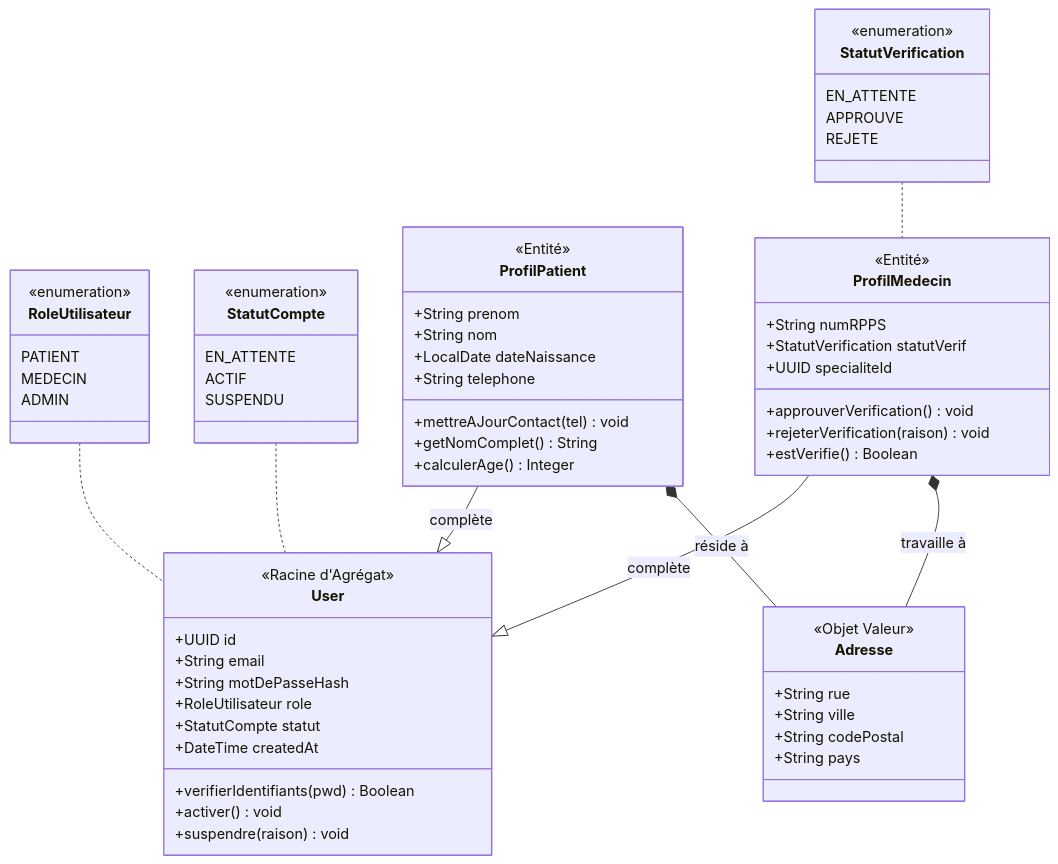
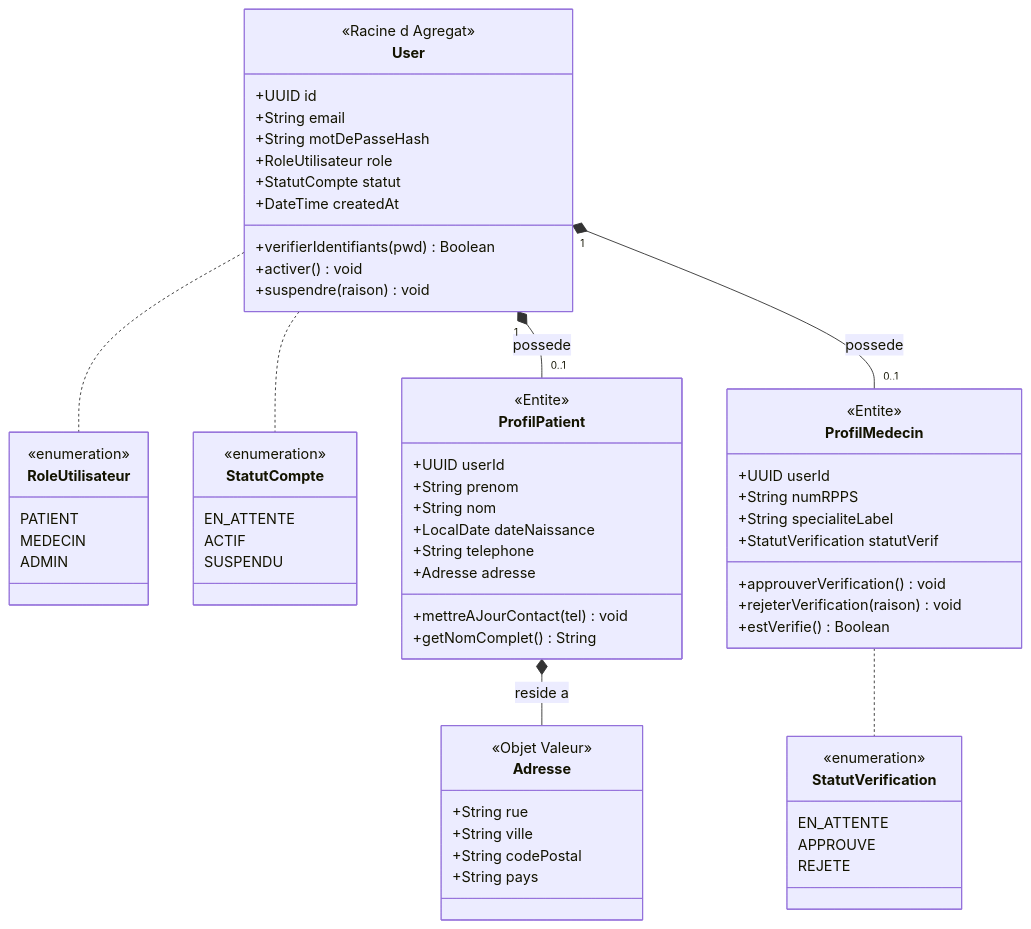
Before and after one commit to bassimtbb/MediLink: the first of 4 diagrams in README.md, drawn with Mermaid. The commit also changed other lines of this file, not shown here.

````diff
--- a/README.md
+++ b/README.md
@@ -161,75 +175,74 @@
 ```mermaid
 classDiagram
     class RoleUtilisateur {
         <<enumeration>>
         PATIENT
         MEDECIN
         ADMIN
     }
 
     class StatutCompte {
         <<enumeration>>
         EN_ATTENTE
         ACTIF
         SUSPENDU
     }
 
     class StatutVerification {
         <<enumeration>>
         EN_ATTENTE
         APPROUVE
         REJETE
     }
-  
 
-    class ProfilPatient {
-        <<Entité>>
-        +String prenom
-        +String nom
-        +LocalDate dateNaissance
-        +String telephone
-        +mettreAJourContact(tel) void
-        +getNomComplet() String
-        +calculerAge() Integer
-    }
-
-    class ProfilMedecin {
-        <<Entité>>
-        +String numRPPS
-        +StatutVerification statutVerif
-        +UUID specialiteId
-        +approuverVerification() void
-        +rejeterVerification(raison) void
-        +estVerifie() Boolean
-    }
- class User {
-        <<Racine d'Agrégat>>
+    class User {
+        <<Racine d Agregat>>
         +UUID id
         +String email
         +String motDePasseHash
         +RoleUtilisateur role
         +StatutCompte statut
         +DateTime createdAt
         +verifierIdentifiants(pwd) Boolean
         +activer() void
         +suspendre(raison) void
     }
 
+    class ProfilPatient {
+        <<Entite>>
+        +UUID userId
+        +String prenom
+        +String nom
+        +LocalDate dateNaissance
+        +String telephone
+        +Adresse adresse
+        +mettreAJourContact(tel) void
+        +getNomComplet() String
+    }
+
+    class ProfilMedecin {
+        <<Entite>>
+        +UUID userId
+        +String numRPPS
+        +String specialiteLabel
+        +StatutVerification statutVerif
+        +approuverVerification() void
+        +rejeterVerification(raison) void
+        +estVerifie() Boolean
+    }
+
     class Adresse {
         <<Objet Valeur>>
         +String rue
         +String ville
         +String codePostal
         +String pays
     }
 
-      ProfilMedecin --|> User : complète
-      ProfilPatient --|> User : complète
-  
-      ProfilPatient *-- Adresse : réside à   
-      ProfilMedecin *-- Adresse : travaille à
-
-      StatutVerification .. ProfilMedecin
-      StatutCompte .. User
-      RoleUtilisateur .. User
+    User "1" *-- "0..1" ProfilPatient : possede
+    User "1" *-- "0..1" ProfilMedecin : possede
+    ProfilPatient *-- Adresse : reside a
+    ProfilMedecin .. StatutVerification 
+    User .. StatutCompte 
+    User .. RoleUtilisateur 
 ```
````
